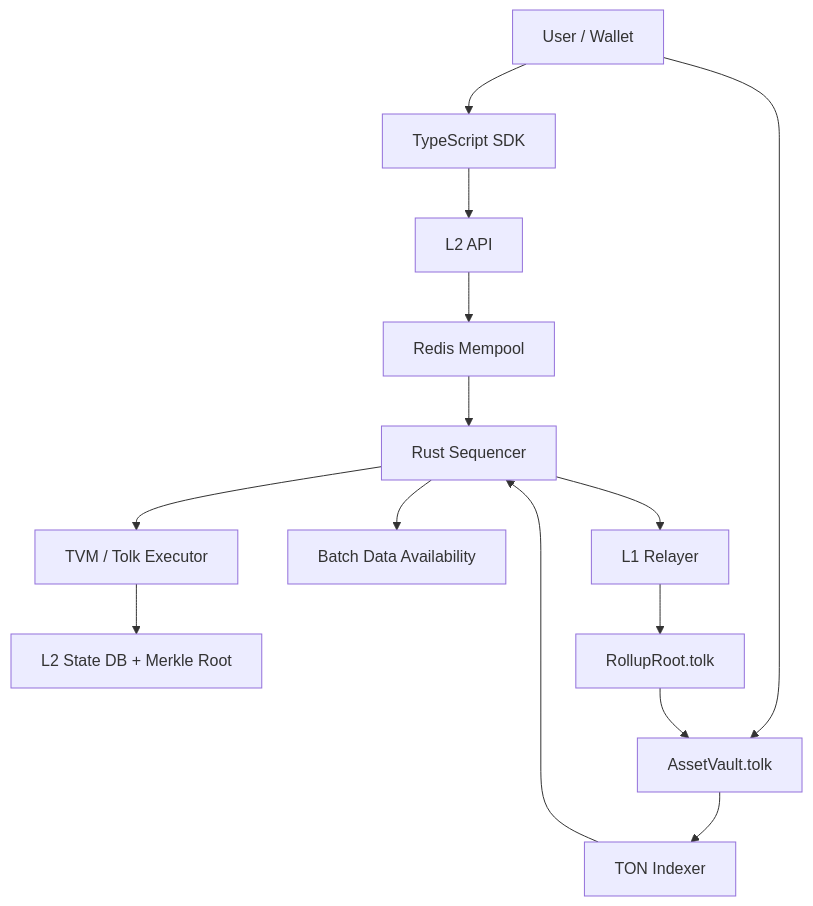
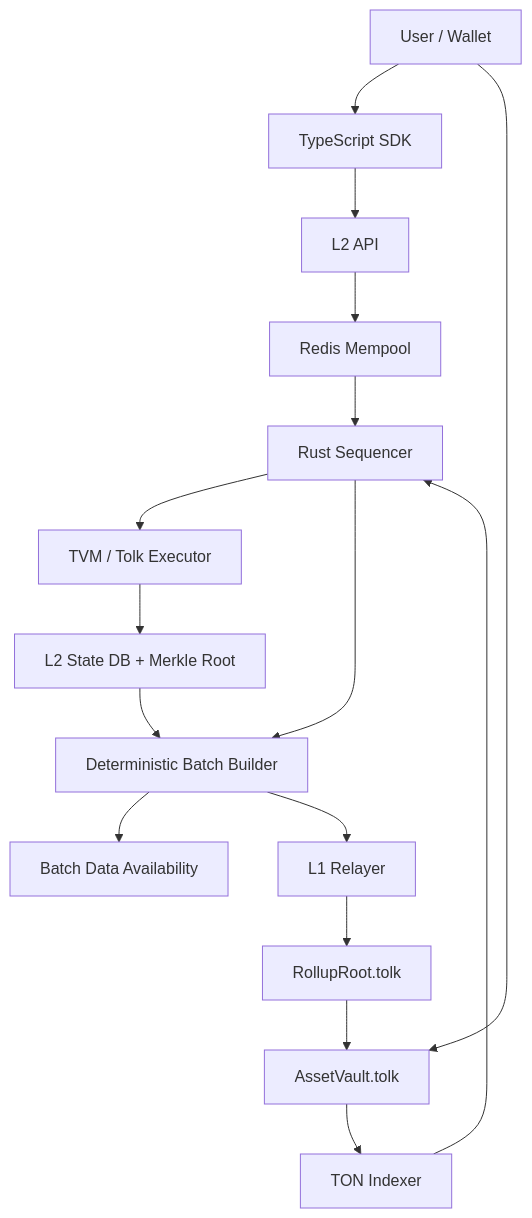
One commit to SoftwareMaestro16/L2-Layer changed the diagram in README.md. Above: the diagram before and after it, drawn with Mermaid. The commit also changed 5 other files, not shown here.

Commit message:
refactor(l2-core): split deterministic batch builder

````diff
--- a/README.md
+++ b/README.md
@@ -10,16 +10,18 @@
 ```mermaid
 flowchart TB
   User["User / Wallet"] --> SDK["TypeScript SDK"]
   SDK --> API["L2 API"]
   API --> Mempool["Redis Mempool"]
   Mempool --> Sequencer["Rust Sequencer"]
   Indexer["TON Indexer"] --> Sequencer
   Sequencer --> Executor["TVM / Tolk Executor"]
   Executor --> State["L2 State DB + Merkle Root"]
-  Sequencer --> DA["Batch Data Availability"]
-  Sequencer --> Relayer["L1 Relayer"]
+  Sequencer --> Builder["Deterministic Batch Builder"]
+  State --> Builder
+  Builder --> DA["Batch Data Availability"]
+  Builder --> Relayer["L1 Relayer"]
   Relayer --> Root["RollupRoot.tolk"]
   User --> Vault["AssetVault.tolk"]
   Root --> Vault
   Vault --> Indexer
 ```
````
